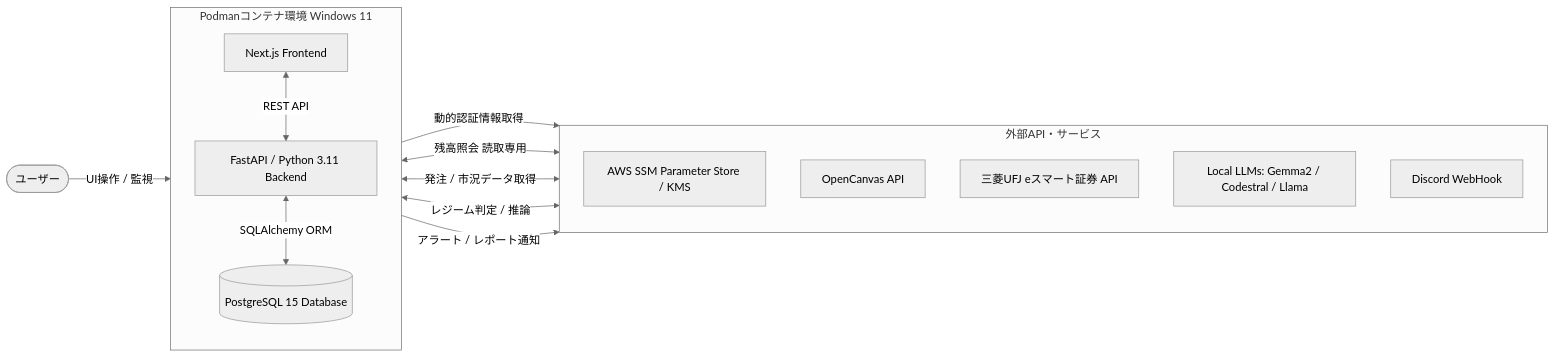
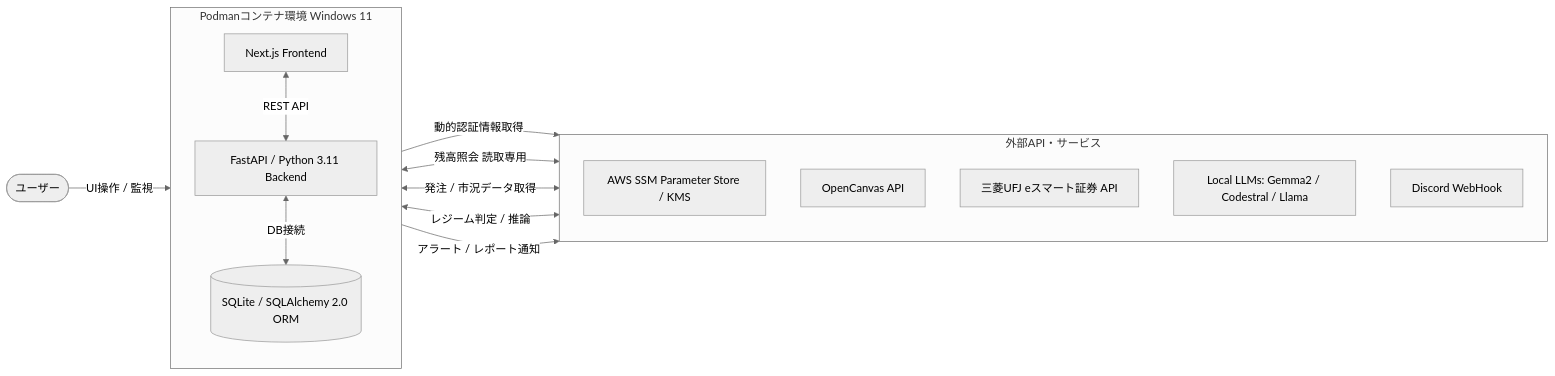
Before and after one commit to rartaty/AI-Driven-Asset-Management-Platform: the diagram in README.md, drawn with Mermaid (neutral theme). The commit also changed other lines of this file, not shown here.

First line of the commit message:
Revise database details and enhance README content

````diff
--- a/README.md
+++ b/README.md
@@ -5,32 +5,32 @@
 ```mermaid
 graph LR
     %% ノード定義
     User([ユーザー])
     
     subgraph Podman_Environment [Podmanコンテナ環境 Windows 11]
         direction TB
         Frontend[Next.js Frontend]
         Backend[FastAPI / Python 3.11 Backend]
-        Database[(PostgreSQL 15 Database)]
+        Database[(SQLite / SQLAlchemy 2.0 ORM)]
         
         Frontend <-->|REST API| Backend
-        Backend <-->|SQLAlchemy ORM| Database
+        Backend <-->|DB接続| Database
     end
     
     subgraph External_Services [外部API・サービス]
         direction TB
         AWSSSM[AWS SSM Parameter Store / KMS]
         OpenCanvas[OpenCanvas API]
         MitsubishiUFJ[三菱UFJ eスマート証券 API]
         LocalLLMs[Local LLMs: Gemma2 / Codestral / Llama]
         Discord[Discord WebHook]
     end
 
     %% フロー定義
     User -->|UI操作 / 監視| Frontend
     Backend -->|動的認証情報取得| AWSSSM
     Backend <-->|残高照会 読取専用| OpenCanvas
     Backend <-->|発注 / 市況データ取得| MitsubishiUFJ
     Backend <-->|レジーム判定 / 推論| LocalLLMs
     Backend -->|アラート / レポート通知| Discord
 ```
````
